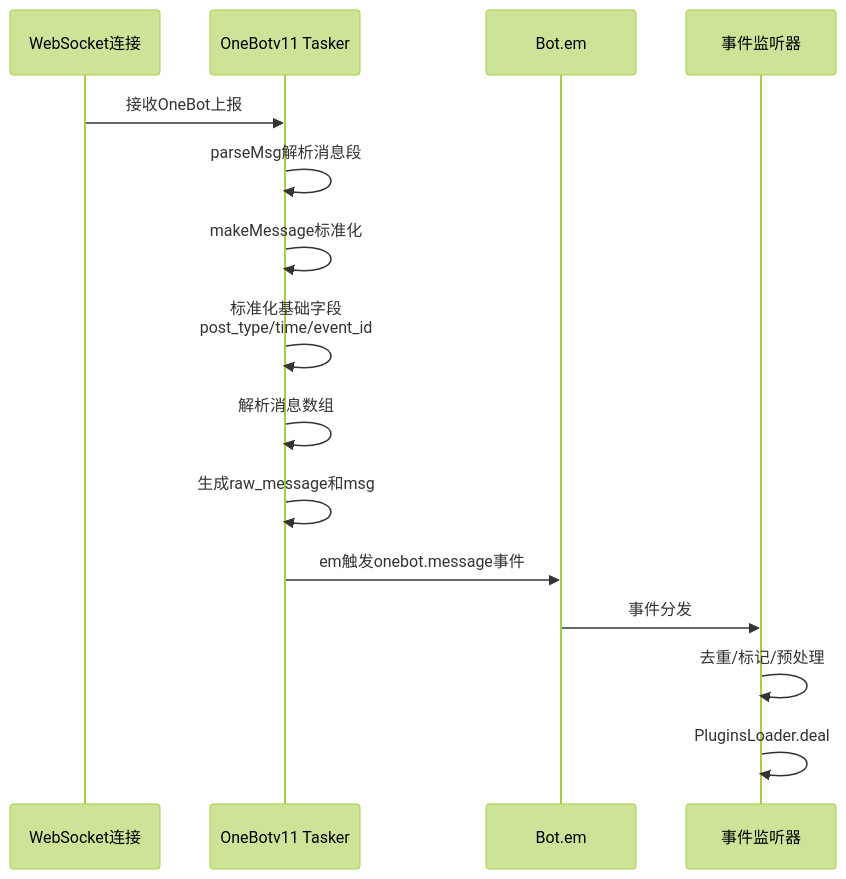
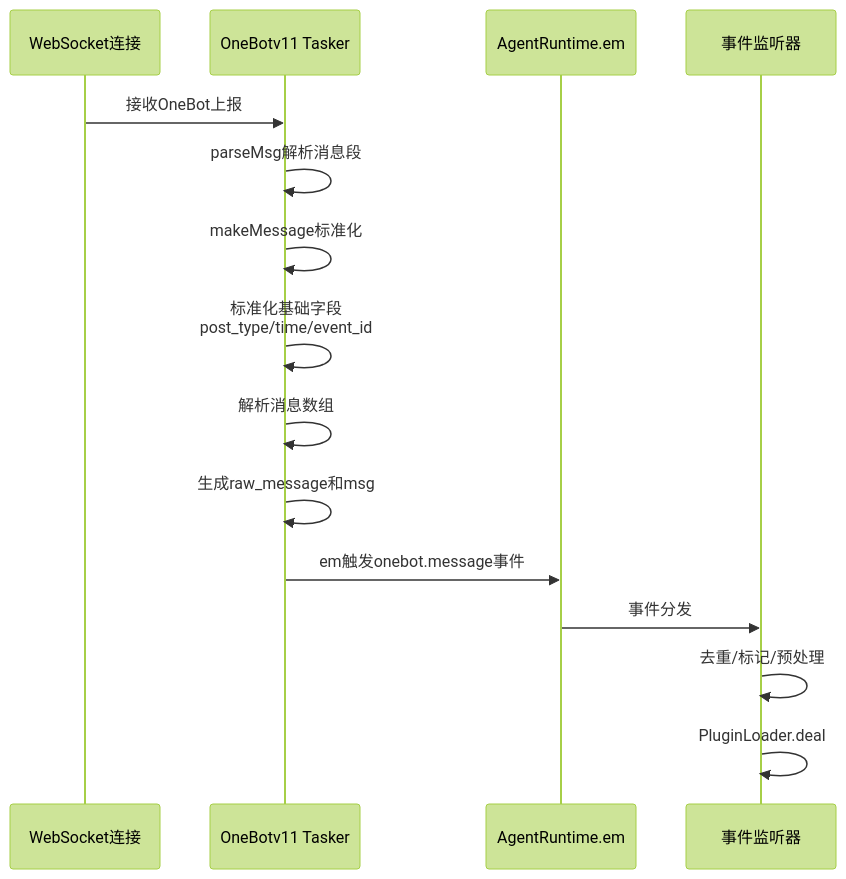
The third of 3 diagrams in docs/tasker-onebotv11.md (sunflowermm/XRK-AGT), drawn with Mermaid (forest theme) before and after one commit. The commit also changed other lines of this file and 315 other files, not shown here.

````diff
--- a/docs/tasker-onebotv11.md
+++ b/docs/tasker-onebotv11.md
@@ -276,18 +276,18 @@
 ```mermaid
 sequenceDiagram
     participant WS as WebSocket连接
     participant Tasker as OneBotv11 Tasker
-    participant Bot as Bot.em
+    participant AgentRuntime as AgentRuntime.em
     participant Listener as 事件监听器
     
     WS->>Tasker: 接收OneBot上报
     Tasker->>Tasker: parseMsg解析消息段
     Tasker->>Tasker: makeMessage标准化
     Tasker->>Tasker: 标准化基础字段<br/>post_type/time/event_id
     Tasker->>Tasker: 解析消息数组
     Tasker->>Tasker: 生成raw_message和msg
-    Tasker->>Bot: em触发onebot.message事件
-    Bot->>Listener: 事件分发
+    Tasker->>AgentRuntime: em触发onebot.message事件
+    AgentRuntime->>Listener: 事件分发
     Listener->>Listener: 去重/标记/预处理
-    Listener->>Listener: PluginsLoader.deal
+    Listener->>Listener: PluginLoader.deal
 ```
````
